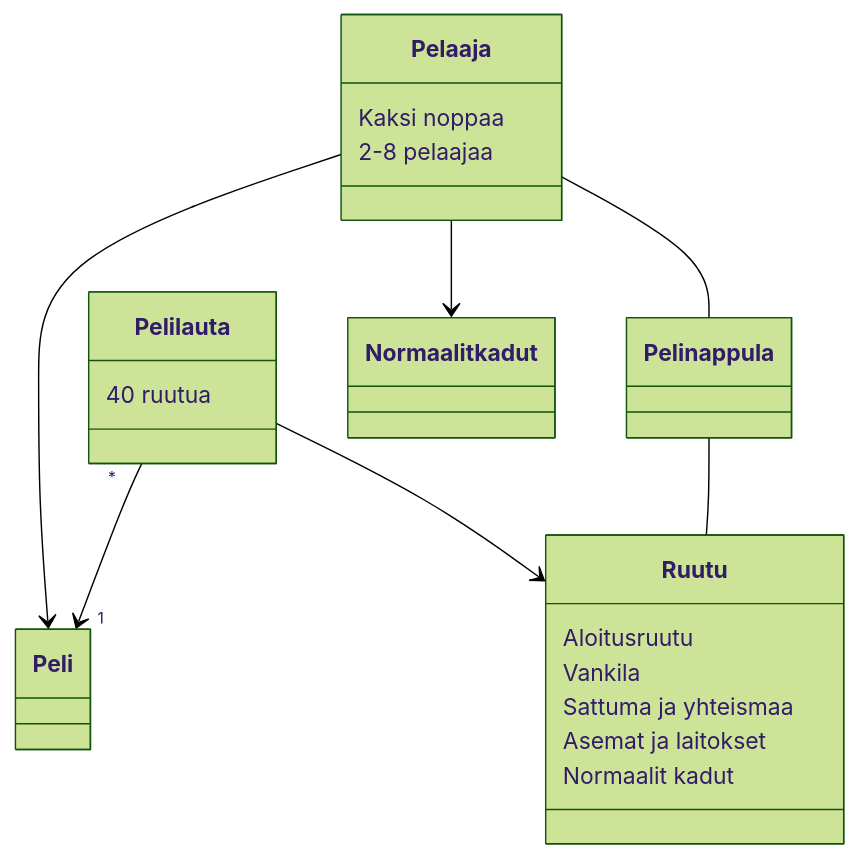
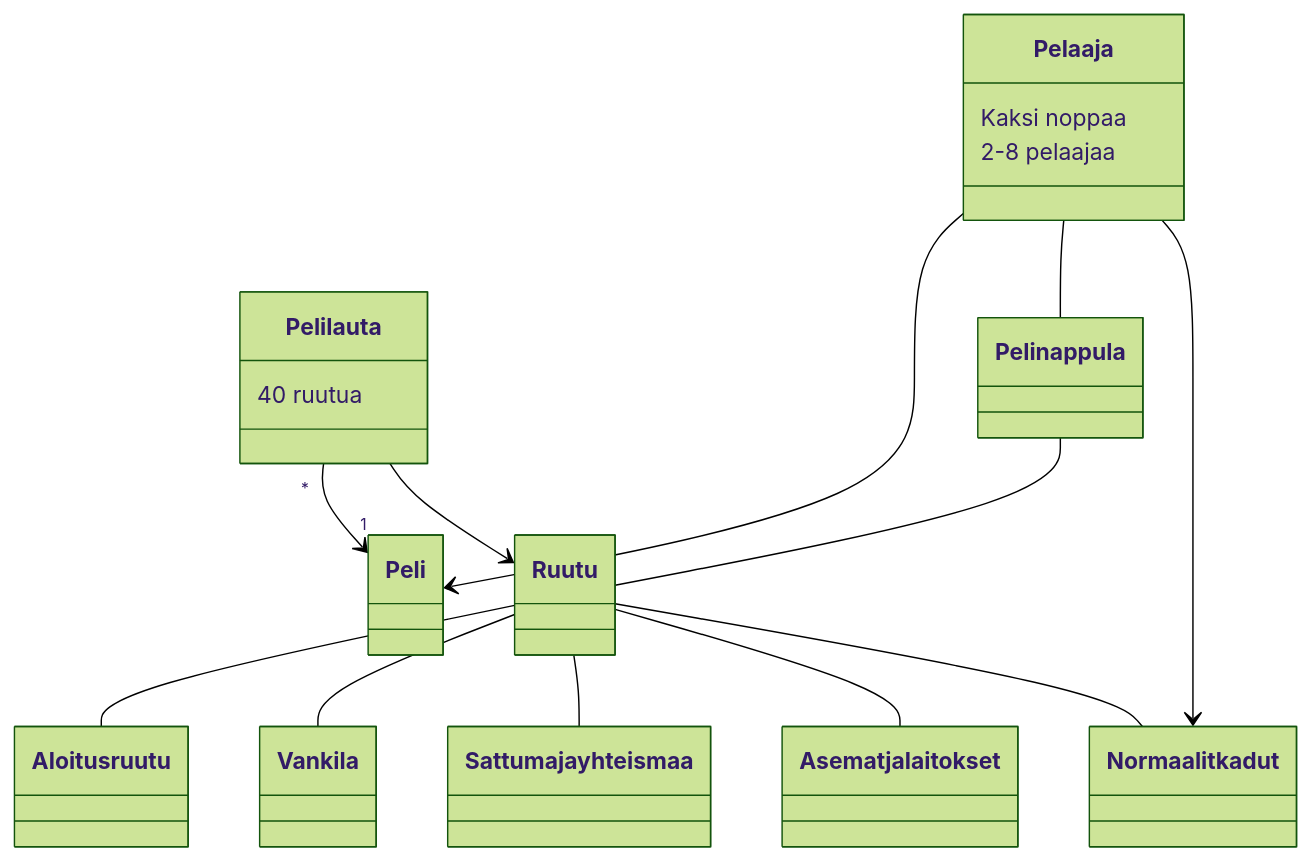
The diagram in laskarit/viikko3/monopoli_luokkakaavio.md (ellenra/jumping_game), drawn with Mermaid (forest theme) before and after one commit.

````diff
--- a/laskarit/viikko3/monopoli_luokkakaavio.md
+++ b/laskarit/viikko3/monopoli_luokkakaavio.md
@@ -1,19 +1,19 @@
 ```mermaid
  classDiagram
       Pelilauta "*" --> "1" Peli
       Pelilauta : 40 ruutua
       Pelaaja --> Peli
       Pelaaja : Kaksi noppaa
       Pelaaja : 2-8 pelaajaa
       Pelaaja -- Pelinappula
       Pelinappula -- Ruutu
-      Ruutu : Aloitusruutu
-      Ruutu : Vankila
-      Ruutu : Sattuma ja yhteismaa
-      Ruutu : Asemat ja laitokset
-      Ruutu : Normaalit kadut
+      Ruutu -- Aloitusruutu
+      Ruutu -- Vankila
+      Ruutu -- Sattuma ja yhteismaa
+      Ruutu -- Asemat ja laitokset
+      Ruutu -- Normaalit kadut
       Pelilauta --> Ruutu
       Pelaaja --> Normaalit kadut
       
      
 ```
````
